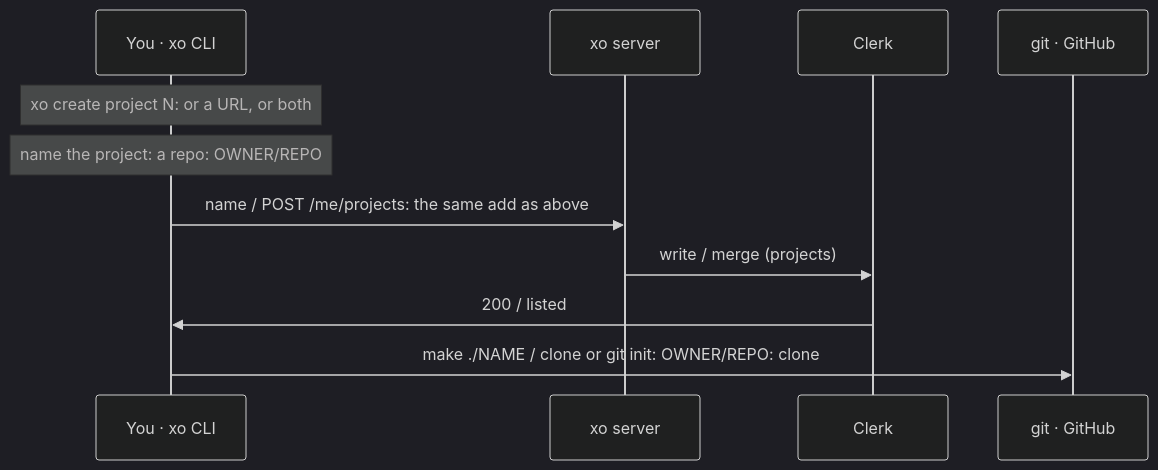
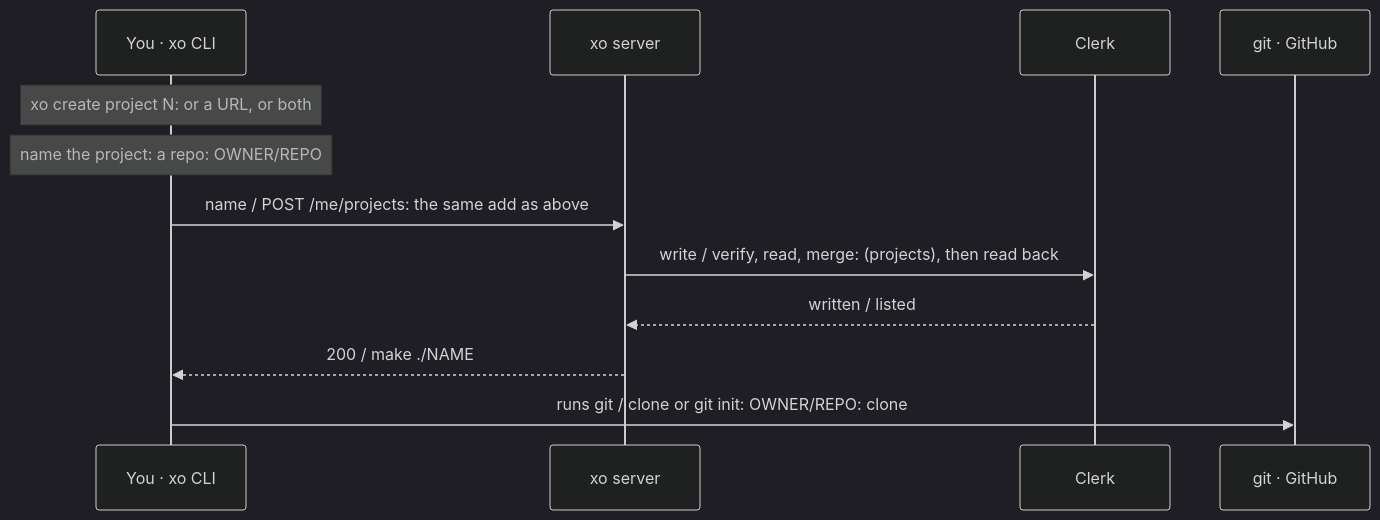
Before and after one commit to quirq-ai/xo: diagram 12 of 32 in docs/architecture.md, drawn with Mermaid (dark theme). The commit also changed other lines of this file and 10 other files, not shown here.

First line of the commit message:
xo create and architecture: audit fixes on top of #35 and #36

````diff
--- a/docs/architecture.md
+++ b/docs/architecture.md
@@ -267,13 +284,14 @@
 ```mermaid
 sequenceDiagram
   participant Cli as You · xo CLI
   participant Srv as xo server
   participant Clerk as Clerk
   participant Git as git · GitHub
   Note over Cli: xo create project N: or a URL, or both
   Note over Cli: name the project: a repo: OWNER/REPO
   Cli->>Srv: name / POST /me/projects: the same add as above
-  Srv->>Clerk: write / merge (projects)
-  Clerk->>Cli: 200 / listed
-  Cli->>Git: make ./NAME / clone or git init: OWNER/REPO: clone
+  Srv->>Clerk: write / verify, read, merge: (projects), then read back
+  Clerk-->>Srv: written / listed
+  Srv-->>Cli: 200 / make ./NAME
+  Cli->>Git: runs git / clone or git init: OWNER/REPO: clone
 ```
````
